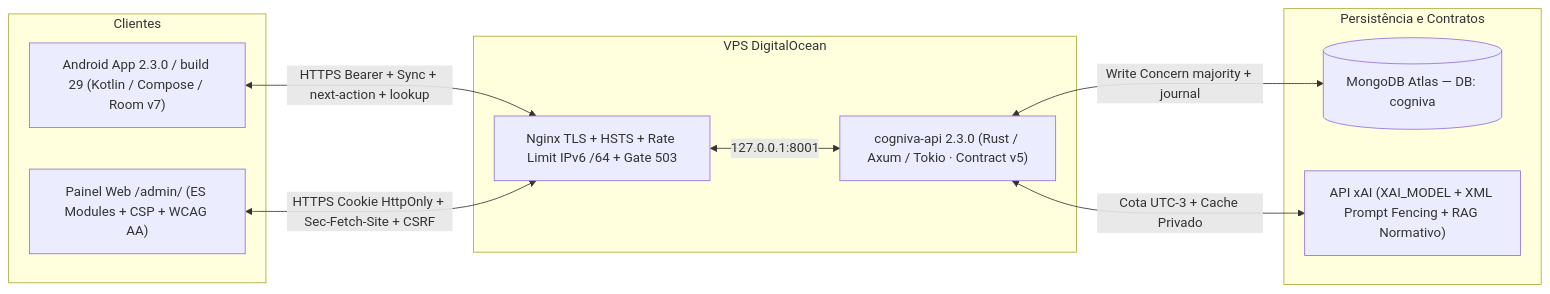
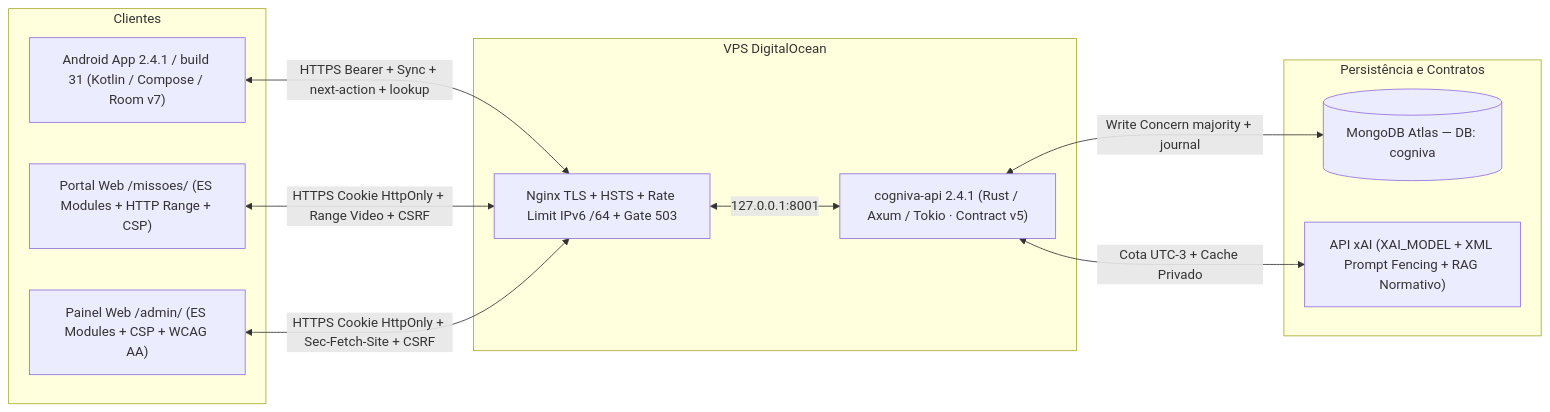
Before and after one commit to danielcdes-create/cogniva: the diagram in docs/ARQUITETURA.md, drawn with Mermaid. The commit also changed other lines of this file and 93 other files, not shown here.

Commit message:
feat(release): Cogniva 2.4.1 (build 31) - auditoria global de seguranca, concorrencia, paridade e LGPD

````diff
--- a/docs/ARQUITETURA.md
+++ b/docs/ARQUITETURA.md
@@ -9,23 +9,25 @@
 ```mermaid
 flowchart LR
   subgraph Clientes
-    AND["Android App 2.3.0 / build 29 (Kotlin / Compose / Room v7)"]
+    AND["Android App 2.4.1 / build 31 (Kotlin / Compose / Room v7)"]
+    MIS["Portal Web /missoes/ (ES Modules + HTTP Range + CSP)"]
     ADM["Painel Web /admin/ (ES Modules + CSP + WCAG AA)"]
   end
 
   subgraph Servidor["VPS DigitalOcean"]
     NGX["Nginx TLS + HSTS + Rate Limit IPv6 /64 + Gate 503"]
-    API["cogniva-api 2.3.0 (Rust / Axum / Tokio · Contract v5)"]
+    API["cogniva-api 2.4.1 (Rust / Axum / Tokio · Contract v5)"]
   end
 
   subgraph Dados["Persistência e Contratos"]
     MDB[("MongoDB Atlas — DB: cogniva")]
     XAI["API xAI (XAI_MODEL + XML Prompt Fencing + RAG Normativo)"]
   end
 
   AND <-->|"HTTPS Bearer + Sync + next-action + lookup"| NGX
+  MIS <-->|"HTTPS Cookie HttpOnly + Range Video + CSRF"| NGX
   ADM <-->|"HTTPS Cookie HttpOnly + Sec-Fetch-Site + CSRF"| NGX
   NGX <-->|"127.0.0.1:8001"| API
   API <-->|"Write Concern majority + journal"| MDB
   API <-->|"Cota UTC-3 + Cache Privado"| XAI
 ```
````
